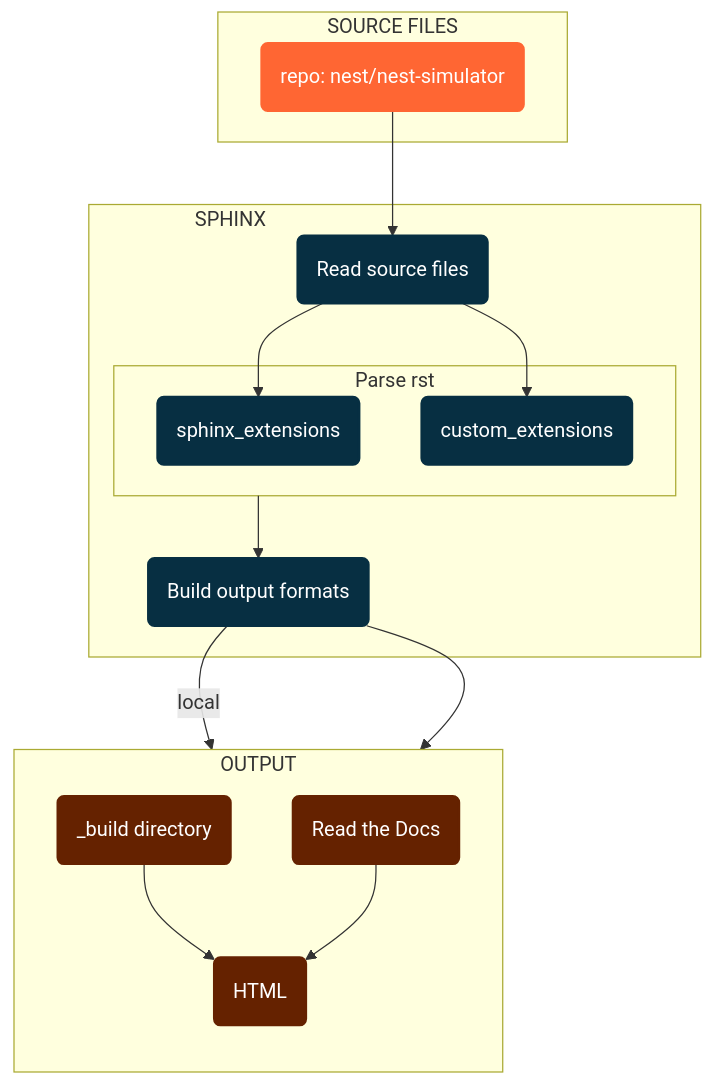
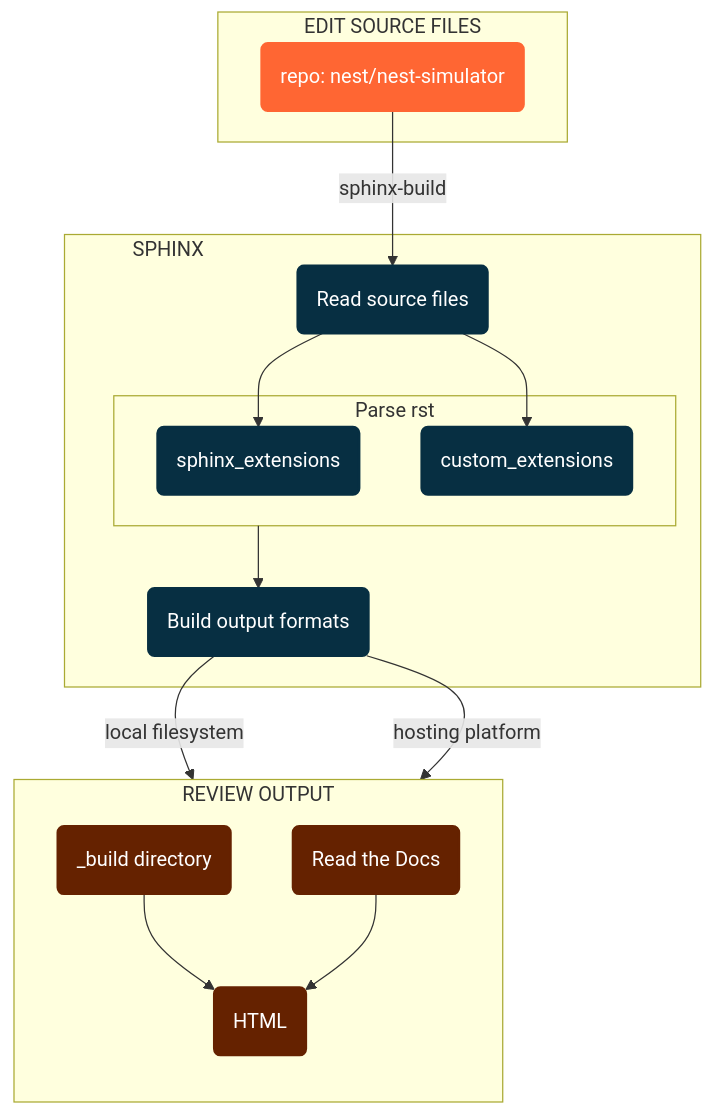
Before and after one commit to nest/nest-simulator: the diagram in doc/htmldoc/developer_space/workflows/documentation_workflow/user_documentation_workflow.rst, drawn with Mermaid. The commit also changed other lines of this file, not shown here.

Commit message:
rework text

```diff
--- a/doc/htmldoc/developer_space/workflows/documentation_workflow/user_documentation_workflow.rst
+++ b/doc/htmldoc/developer_space/workflows/documentation_workflow/user_documentation_workflow.rst
@@ -26,34 +24,34 @@
 .. mermaid::
    :zoom:
    :caption: Overview of documentation build. Drag and zoom to explore.
 
    flowchart TB
 
       sphinx:::TextPosition
 
-      classDef TextPosition padding-right:20em, padding-top:10em;
+      classDef TextPosition padding-right:25em;
       classDef orangeFill color:#fff, stroke:#f63, stroke-width:2px, fill:#f63;
       classDef blueFill color:#fff, stroke:#072f42, stroke-width:2px, fill:#072f42;
       classDef brownFill color:#fff, stroke:#652200, stroke-width:2px, fill:#652200;
 
       subgraph sphinx[SPHINX]
         read(Read source files):::blueFill-->ext
         read-->custom
        subgraph Parse_rst ["Parse rst"]
           ext(sphinx_extensions):::blueFill
           custom(custom_extensions):::blueFill
         end
       Parse_rst-->build
       build(Build output formats):::blueFill
       end
-    subgraph SOURCE FILES
-      source(repo: nest/nest-simulator):::orangeFill-->read
+    subgraph EDIT SOURCE FILES
+      source(repo: nest/nest-simulator):::orangeFill-- sphinx-build-->read
      end
 
-     subgraph OUTPUT["OUTPUT"]
+     subgraph OUTPUT["REVIEW OUTPUT"]
        direction TB
-       build--local-->local(_build directory):::brownFill
-       build-->rtd(Read the Docs):::brownFill
+       build--local filesystem-->local(_build directory):::brownFill
+       build--hosting platform-->rtd(Read the Docs):::brownFill
        local-->HTML(HTML):::brownFill
        rtd-->HTML
      end
```
